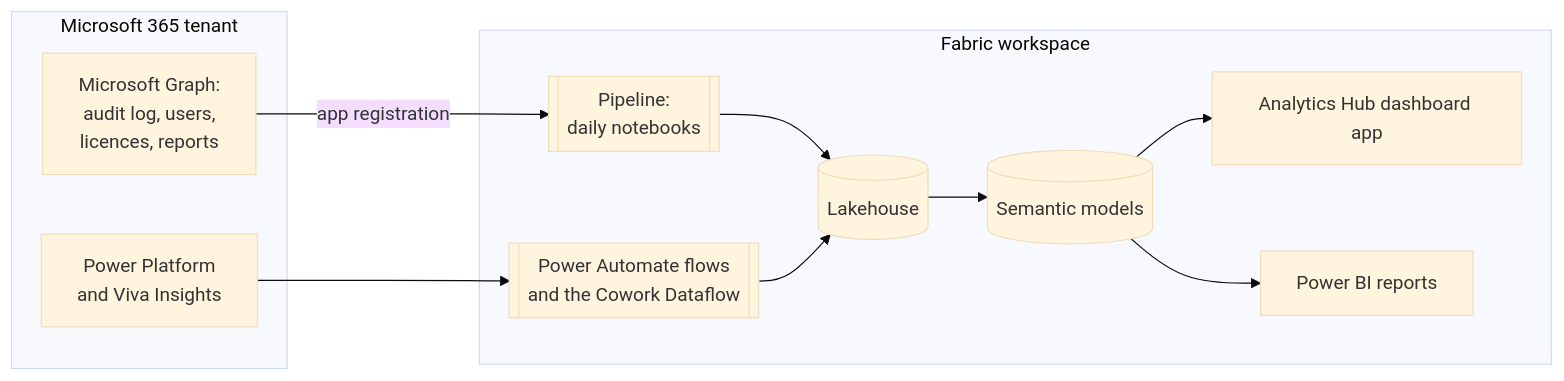
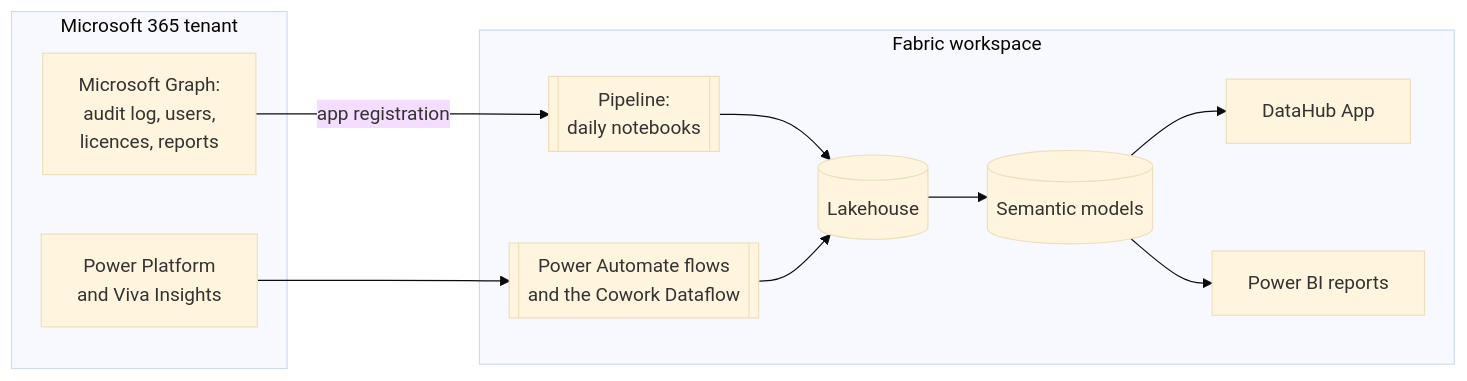
One commit to microsoft/AnalyticsHub-Dashboard changed the first of 2 diagrams in docs/ARCHITECTURE.md. Above: the diagram before and after it, drawn with Mermaid (base theme). The commit also changed other lines of this file and 135 other files, not shown here.

First line of the commit message:
Use DataHub App across current product branding

````diff
--- a/docs/ARCHITECTURE.md
+++ b/docs/ARCHITECTURE.md
@@ -28,19 +28,19 @@
 ```mermaid
 flowchart LR
   subgraph M365["Microsoft 365 tenant"]
     G[Microsoft Graph:<br/>audit log, users,<br/>licences, reports]
     PP[Power Platform<br/>and Viva Insights]
   end
   subgraph WS["Fabric workspace"]
     P[[Pipeline:<br/>daily notebooks]]
     F[[Power Automate flows<br/>and the Cowork Dataflow]]
     L[(Lakehouse)]
     SM[(Semantic models)]
-    APP[Analytics Hub dashboard app]
+    APP[DataHub App]
     R[Power BI reports]
   end
   G -- app registration --> P --> L
   PP --> F --> L
   L --> SM --> APP
   SM --> R
 ```
````
